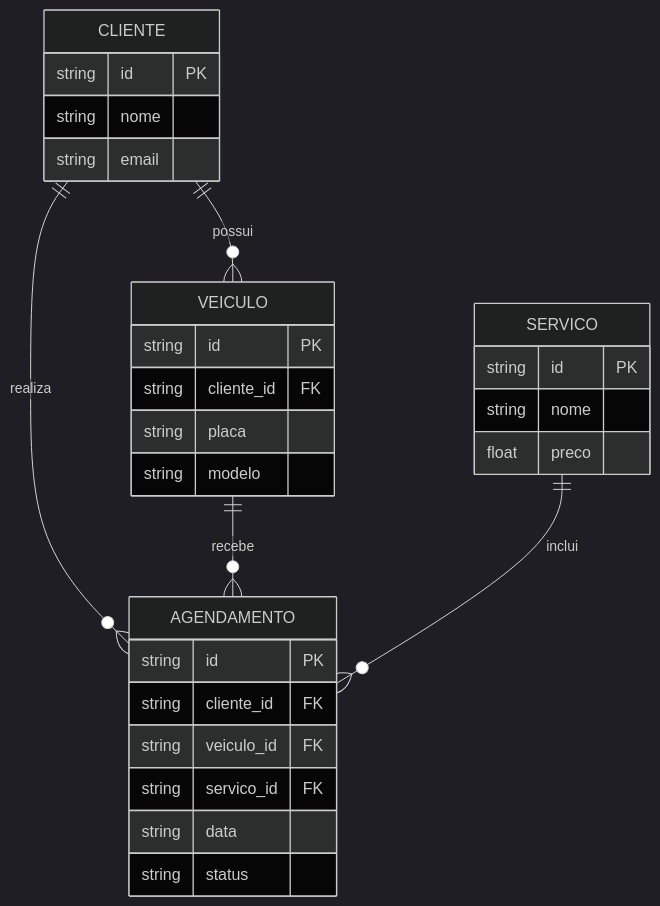
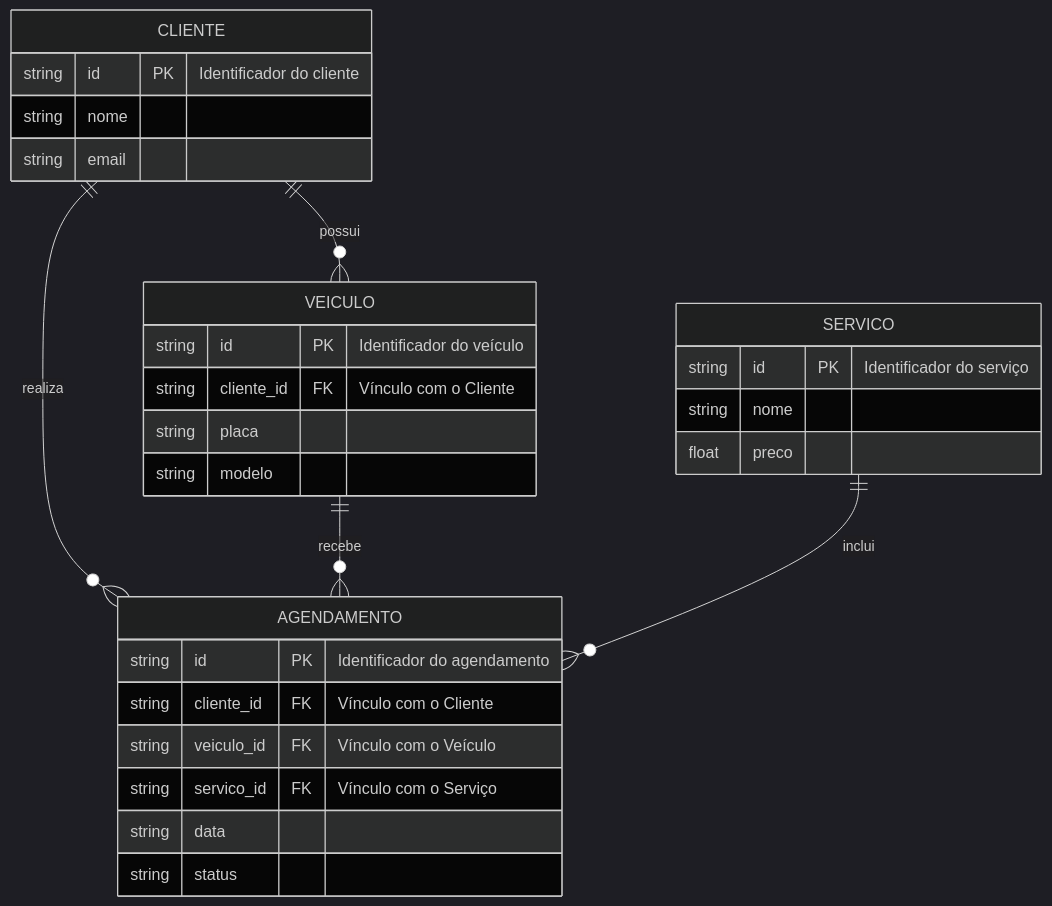
The diagram in docs/architecture.md (jose-augusto-wennek/sistema-para-est-tica-automotiva), drawn with Mermaid (dark theme) before and after one commit. The commit also changed other lines of this file, not shown here.

````diff
--- a/docs/architecture.md
+++ b/docs/architecture.md
@@ -9,35 +9,35 @@
 ```mermaid
 erDiagram
-    CLIENTE ||--o{ VEICULO : possui
-    CLIENTE ||--o{ AGENDAMENTO : realiza
-    VEICULO ||--o{ AGENDAMENTO : recebe
-    SERVICO ||--o{ AGENDAMENTO : inclui
+    CLIENTE ||--o{ VEICULO : "possui"
+    CLIENTE ||--o{ AGENDAMENTO : "realiza"
+    VEICULO ||--o{ AGENDAMENTO : "recebe"
+    SERVICO ||--o{ AGENDAMENTO : "inclui"
 
     CLIENTE {
-        string id PK
+        string id PK "Identificador do cliente"
         string nome
         string email
     }
 
     VEICULO {
-        string id PK
-        string cliente_id FK
+        string id PK "Identificador do veículo"
+        string cliente_id FK "Vínculo com o Cliente"
         string placa
         string modelo
     }
 
     SERVICO {
-        string id PK
+        string id PK "Identificador do serviço"
         string nome
         float preco
     }
 
     AGENDAMENTO {
-        string id PK
-        string cliente_id FK
-        string veiculo_id FK
-        string servico_id FK
+        string id PK "Identificador do agendamento"
+        string cliente_id FK "Vínculo com o Cliente"
+        string veiculo_id FK "Vínculo com o Veículo"
+        string servico_id FK "Vínculo com o Serviço"
         string data
         string status
     }
 ```
````
